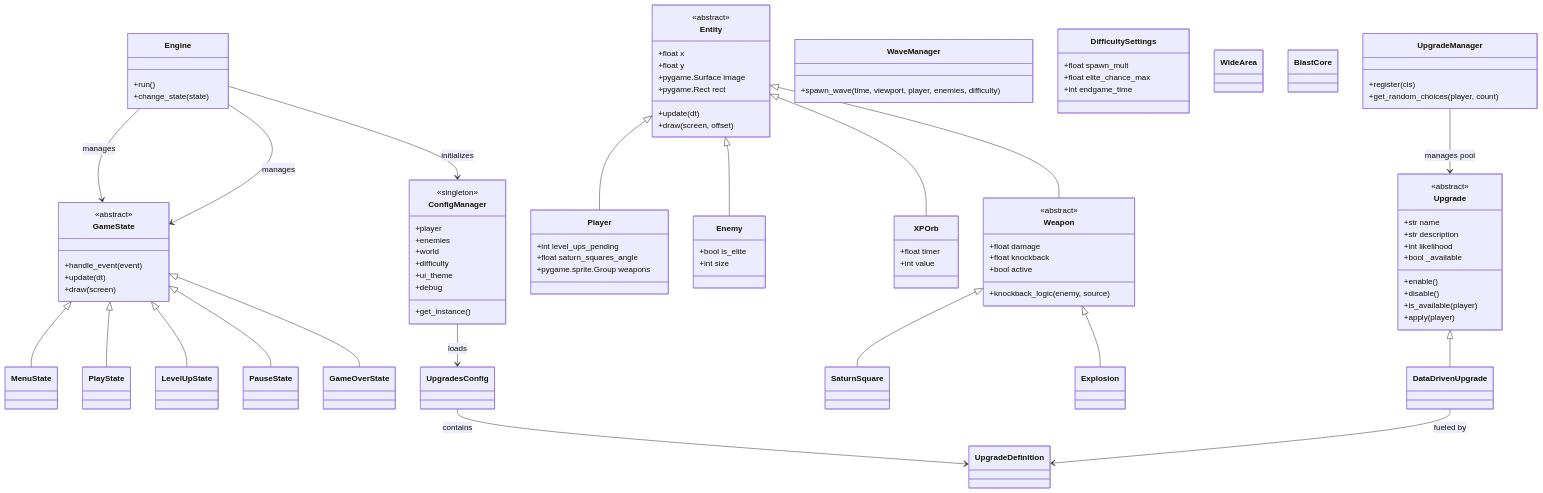
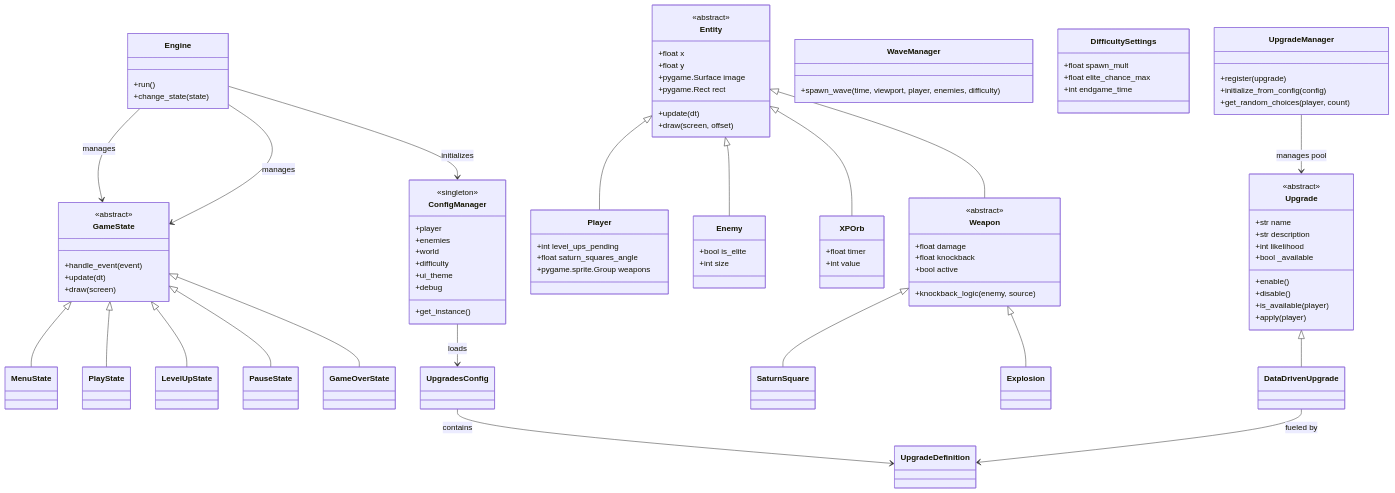
One commit to lavariall/square-survivors changed the diagram in README.md. Above: the diagram before and after it, drawn with Mermaid.

Commit message:
docs: remove obsolete upgrade classes from Mermaid diagram

```diff
--- a/README.md
+++ b/README.md
@@ -107,10 +107,9 @@
         +is_available(player)
         +apply(player)
     }
-    class WideArea { }
-    class BlastCore { }
     class UpgradeManager {
-        +register(cls)
+        +register(upgrade)
+        +initialize_from_config(config)
         +get_random_choices(player, count)
     }
     
```
